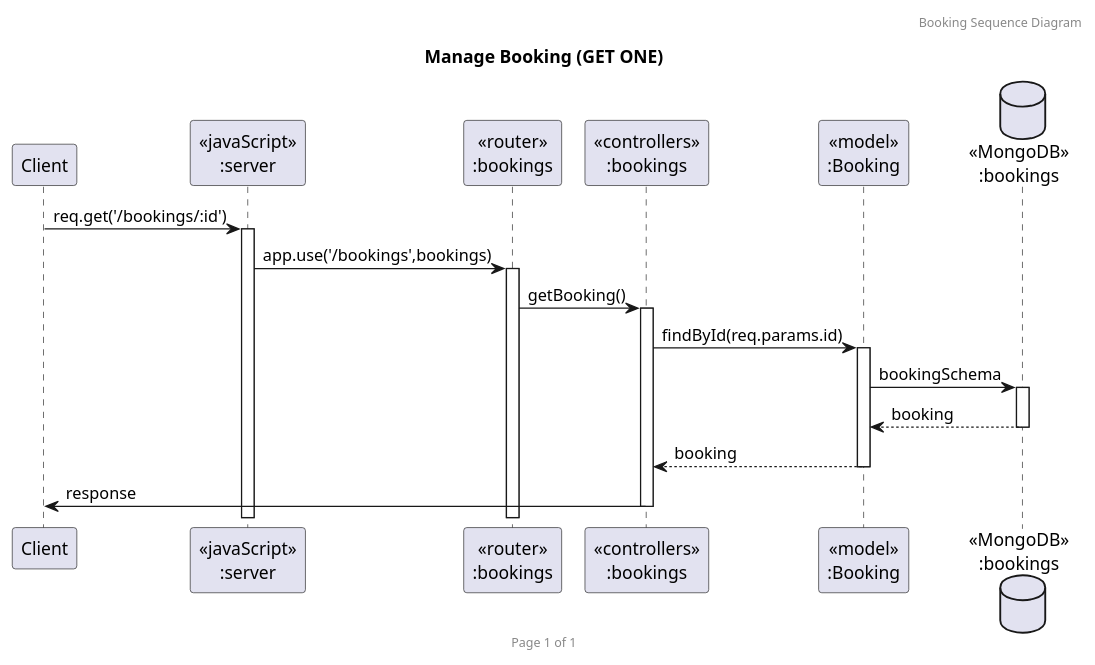
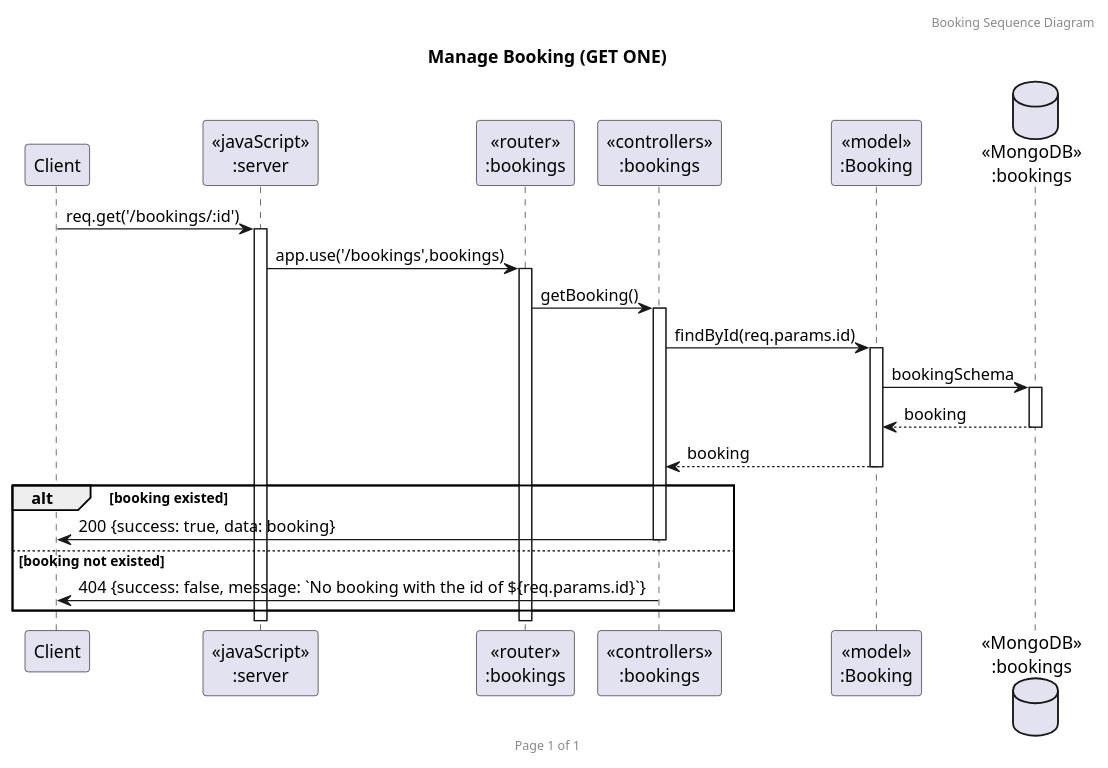
Before and after one commit to 2110503TACEDT66/presentation-day-1-i-am-the-bone-of-my-sources: the diagram in presentation/Sequence_Diagram/Bookings/SequenceDiagram(GET ONE Booking).puml, drawn with PlantUML. The commit also changed 9 other files, not shown here.

Commit message:
Edit Bookings sequence diagram (Add Alt method)

```diff
--- a/presentation/Sequence_Diagram/Bookings/SequenceDiagram(GET ONE Booking).puml
+++ b/presentation/Sequence_Diagram/Bookings/SequenceDiagram(GET ONE Booking).puml
@@ -1,23 +1,27 @@
 @startuml Manage Booking (GET ONE)
 
 header Booking Sequence Diagram
 footer Page %page% of %lastpage%
 title "Manage Booking (GET ONE)"
 
 participant "Client" as client
 participant "<<javaScript>>\n:server" as server
 participant "<<router>>\n:bookings" as routerBookings
 participant "<<controllers>>\n:bookings" as controllersBookings
 participant "<<model>>\n:Booking" as modelBooking
 database "<<MongoDB>>\n:bookings" as BookingsDatabase
 
 client->server ++:req.get('/bookings/:id')
 server->routerBookings ++:app.use('/bookings',bookings)
 routerBookings -> controllersBookings ++:getBooking()
 controllersBookings->modelBooking ++:findById(req.params.id)
 modelBooking ->BookingsDatabase ++: bookingSchema
 BookingsDatabase --> modelBooking --: booking
 controllersBookings <-- modelBooking --:booking
-controllersBookings->client --:response
+alt booking existed
+    controllersBookings->client --:200 {success: true, data: booking}
+else booking not existed
+    controllersBookings->client --:404 {success: false, message: `No booking with the id of ${req.params.id}`}
+end
 
 @enduml
```
